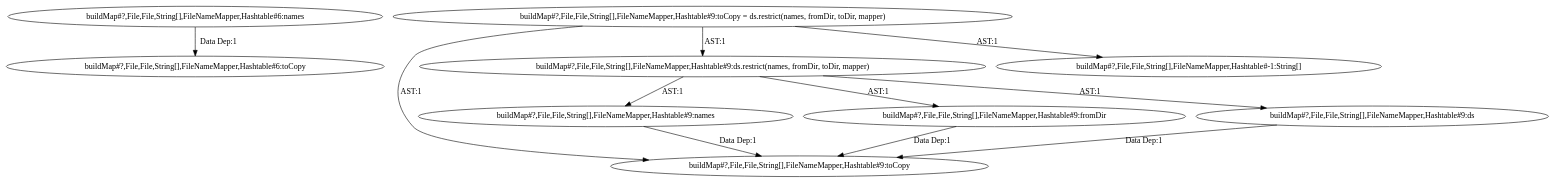
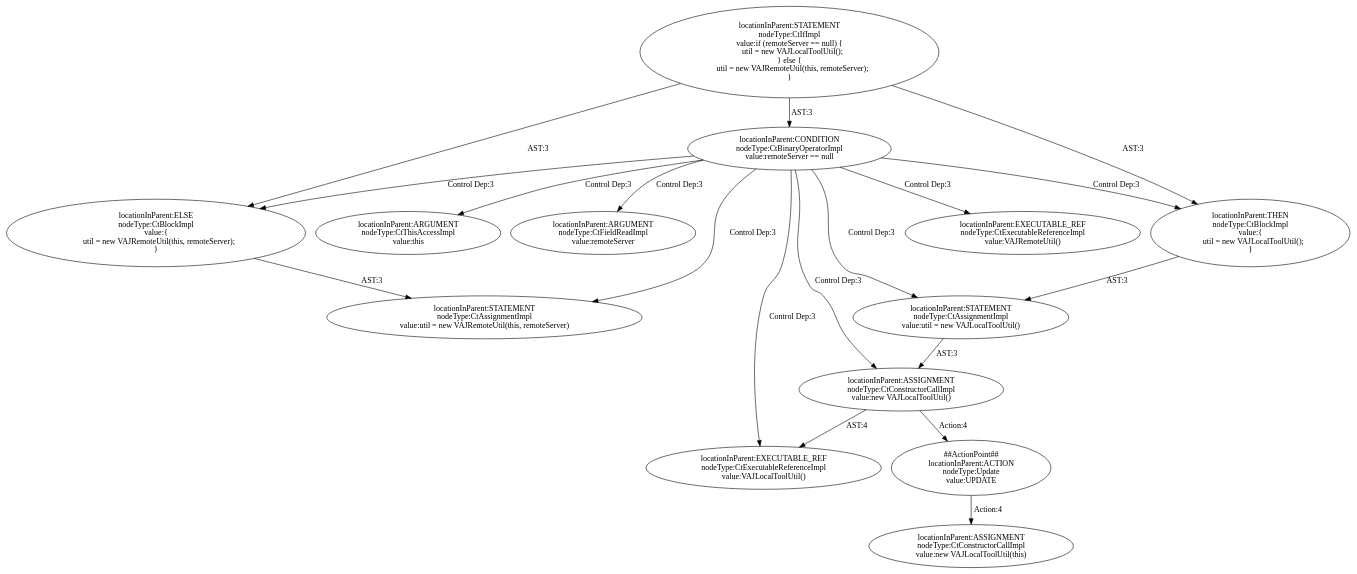
The diagram in codegraph4spoon/out/c3_ant_13_pattern_abstract.dot (ssmingz/FixGen), drawn with Graphviz before and after one commit. The commit also changed 11 other files, not shown here.

```diff
--- a/codegraph4spoon/out/c3_ant_13_pattern_abstract.dot
+++ b/codegraph4spoon/out/c3_ant_13_pattern_abstract.dot
@@ -1,21 +1,68 @@
 digraph "Pattern" {
-0 [label="buildMap#?,File,File,String[],FileNameMapper,Hashtable#6:toCopy" shape=ellipse]
-1 [label="buildMap#?,File,File,String[],FileNameMapper,Hashtable#9:toCopy" shape=ellipse]
-2 [label="buildMap#?,File,File,String[],FileNameMapper,Hashtable#9:names" shape=ellipse]
-3 [label="buildMap#?,File,File,String[],FileNameMapper,Hashtable#9:fromDir" shape=ellipse]
-4 [label="buildMap#?,File,File,String[],FileNameMapper,Hashtable#9:toCopy = ds.restrict(names, fromDir, toDir, mapper)" shape=ellipse]
-5 [label="buildMap#?,File,File,String[],FileNameMapper,Hashtable#9:ds" shape=ellipse]
-6 [label="buildMap#?,File,File,String[],FileNameMapper,Hashtable#6:names" shape=ellipse]
-7 [label="buildMap#?,File,File,String[],FileNameMapper,Hashtable#9:ds.restrict(names, fromDir, toDir, mapper)" shape=ellipse]
-8 [label="buildMap#?,File,File,String[],FileNameMapper,Hashtable#-1:String[]" shape=ellipse]
-2 -> 1 [label="Data Dep:1"];
-3 -> 1 [label="Data Dep:1"];
-4 -> 1 [label="AST:1"];
-4 -> 8 [label="AST:1"];
-4 -> 7 [label="AST:1"];
-5 -> 1 [label="Data Dep:1"];
-6 -> 0 [label="Data Dep:1"];
-7 -> 2 [label="AST:1"];
-7 -> 3 [label="AST:1"];
-7 -> 5 [label="AST:1"];
+0 [label="##ActionPoint##
+locationInParent:ACTION
+nodeType:Update
+value:UPDATE" shape=ellipse]
+1 [label="locationInParent:ASSIGNMENT
+nodeType:CtConstructorCallImpl
+value:new VAJLocalToolUtil()" shape=ellipse]
+2 [label="locationInParent:CONDITION
+nodeType:CtBinaryOperatorImpl
+value:remoteServer == null" shape=ellipse]
+3 [label="locationInParent:STATEMENT
+nodeType:CtIfImpl
+value:if (remoteServer == null) \{
+    util = new VAJLocalToolUtil();
+\} else \{
+    util = new VAJRemoteUtil(this, remoteServer);
+\}" shape=ellipse]
+4 [label="locationInParent:THEN
+nodeType:CtBlockImpl
+value:\{
+    util = new VAJLocalToolUtil();
+\}" shape=ellipse]
+5 [label="locationInParent:STATEMENT
+nodeType:CtAssignmentImpl
+value:util = new VAJLocalToolUtil()" shape=ellipse]
+6 [label="locationInParent:EXECUTABLE_REF
+nodeType:CtExecutableReferenceImpl
+value:VAJLocalToolUtil()" shape=ellipse]
+7 [label="locationInParent:ELSE
+nodeType:CtBlockImpl
+value:\{
+    util = new VAJRemoteUtil(this, remoteServer);
+\}" shape=ellipse]
+8 [label="locationInParent:STATEMENT
+nodeType:CtAssignmentImpl
+value:util = new VAJRemoteUtil(this, remoteServer)" shape=ellipse]
+9 [label="locationInParent:EXECUTABLE_REF
+nodeType:CtExecutableReferenceImpl
+value:VAJRemoteUtil()" shape=ellipse]
+10 [label="locationInParent:ARGUMENT
+nodeType:CtThisAccessImpl
+value:this" shape=ellipse]
+11 [label="locationInParent:ARGUMENT
+nodeType:CtFieldReadImpl
+value:remoteServer" shape=ellipse]
+12 [label="locationInParent:ASSIGNMENT
+nodeType:CtConstructorCallImpl
+value:new VAJLocalToolUtil(this)" shape=ellipse]
+0 -> 12 [label="Action:4"];
+1 -> 0 [label="Action:4"];
+1 -> 6 [label="AST:4"];
+2 -> 1 [label="Control Dep:3"];
+2 -> 4 [label="Control Dep:3"];
+2 -> 5 [label="Control Dep:3"];
+2 -> 6 [label="Control Dep:3"];
+2 -> 7 [label="Control Dep:3"];
+2 -> 8 [label="Control Dep:3"];
+2 -> 9 [label="Control Dep:3"];
+2 -> 10 [label="Control Dep:3"];
+2 -> 11 [label="Control Dep:3"];
+3 -> 2 [label="AST:3"];
+3 -> 4 [label="AST:3"];
+3 -> 7 [label="AST:3"];
+4 -> 5 [label="AST:3"];
+5 -> 1 [label="AST:3"];
+7 -> 8 [label="AST:3"];
 }
```
